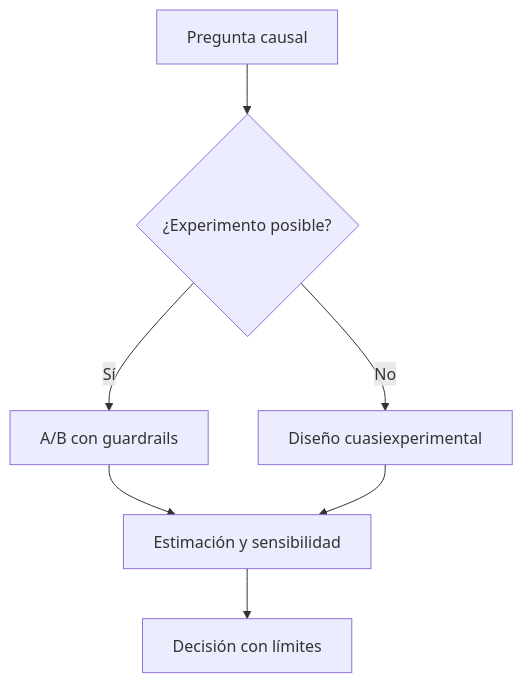
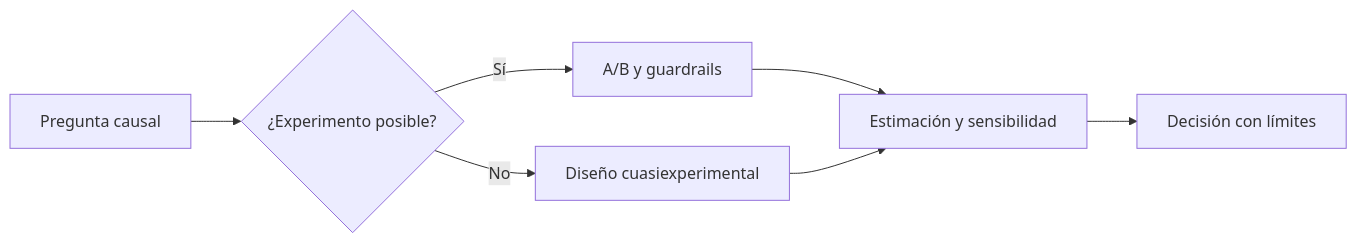
One commit to Ayhur/CursoAnalista changed diagram 32 of 33 in dist/markdown/temario-completo.md. Above: the diagram before and after it, drawn with Mermaid. The commit also changed other lines of this file and 23 other files, not shown here.

````diff
--- a/dist/markdown/temario-completo.md
+++ b/dist/markdown/temario-completo.md
@@ -2194,9 +2210,9 @@
 ```mermaid
-flowchart TD
-    A[Pregunta causal] --> B{¿Experimento posible?}
-    B -->|Sí| C[A/B con guardrails]
-    B -->|No| D[Diseño cuasiexperimental]
-    C --> E[Estimación y sensibilidad]
-    D --> E
-    E --> F[Decisión con límites]
+flowchart LR
+ A[Pregunta causal] --> B{¿Experimento posible?}
+ B -->|Sí| C[A/B y guardrails]
+ B -->|No| D[Diseño cuasiexperimental]
+ C --> E[Estimación y sensibilidad]
+ D --> E
+ E --> F[Decisión con límites]
 ```
````
